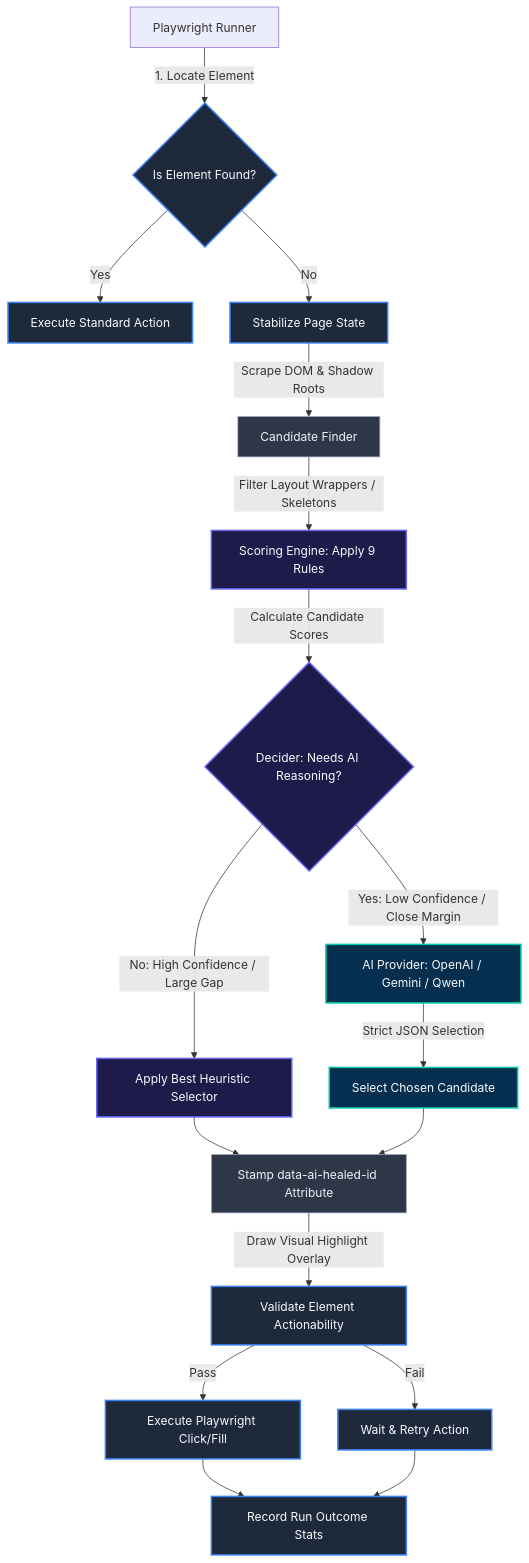
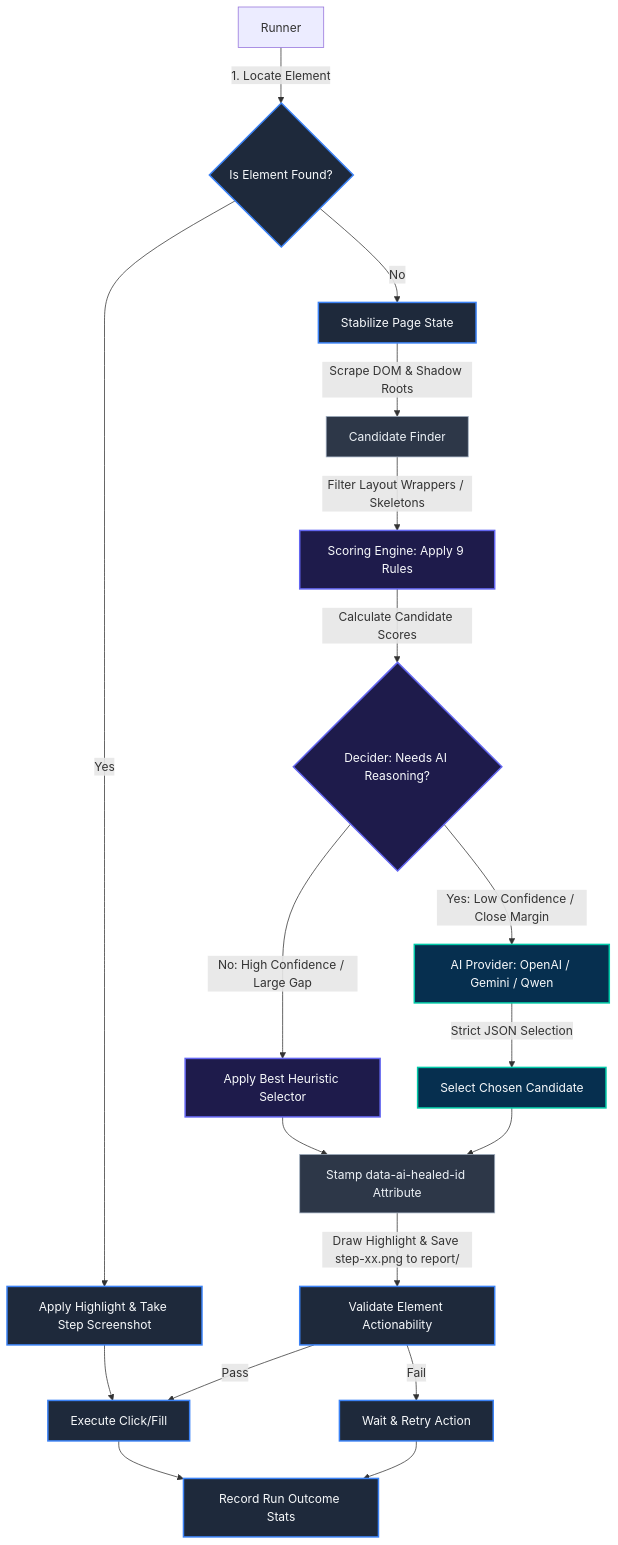
The first of 3 diagrams in docs/project-architecture.md (shambhoo-narwaria/reLOCATE.AI-Intelligent-Element-Recovery-Engine), drawn with Mermaid before and after one commit. The commit also changed other lines of this file and 5 other files, not shown here.

````diff
--- a/docs/project-architecture.md
+++ b/docs/project-architecture.md
@@ -11,25 +11,26 @@
 ```mermaid
 graph TD
     %% Styling
     classDef runner fill:#1e293b,stroke:#3b82f6,stroke-width:2px,color:#f8fafc;
     classDef engine fill:#1e1b4b,stroke:#6366f1,stroke-width:2px,color:#f8fafc;
     classDef ai fill:#062f4f,stroke:#00c9a7,stroke-width:2px,color:#f8fafc;
     classDef browser fill:#2d3748,stroke:#a0aec0,stroke-width:1px,color:#edf2f7;
 
-    A[Playwright Runner] -->|1. Locate Element| B{Is Element Found?}:::runner
-    B -->|Yes| C[Execute Standard Action]:::runner
+    A[Runner] -->|1. Locate Element| B{Is Element Found?}:::runner
+    B -->|Yes| C[Apply Highlight & Take Step Screenshot]:::runner
     B -->|No| D[Stabilize Page State]:::runner
     D -->|Scrape DOM & Shadow Roots| E[Candidate Finder]:::browser
     E -->|Filter Layout Wrappers / Skeletons| F[Scoring Engine: Apply 9 Rules]:::engine
     F -->|Calculate Candidate Scores| G{Decider: Needs AI Reasoning?}:::engine
     G -->|No: High Confidence / Large Gap| H[Apply Best Heuristic Selector]:::engine
     G -->|Yes: Low Confidence / Close Margin| I[AI Provider: OpenAI / Gemini / Qwen]:::ai
     I -->|Strict JSON Selection| J[Select Chosen Candidate]:::ai
     H --> K[Stamp data-ai-healed-id Attribute]:::browser
     J --> K
-    K -->|Draw Visual Highlight Overlay| L[Validate Element Actionability]:::runner
-    L -->|Pass| M[Execute Playwright Click/Fill]:::runner
+    K -->|Draw Highlight & Save step-xx.png to report/| L[Validate Element Actionability]:::runner
+    C --> M[Execute Click/Fill]:::runner
+    L -->|Pass| M
     L -->|Fail| N[Wait & Retry Action]:::runner
     M --> O[Record Run Outcome Stats]:::runner
     N --> O
 ```
````
